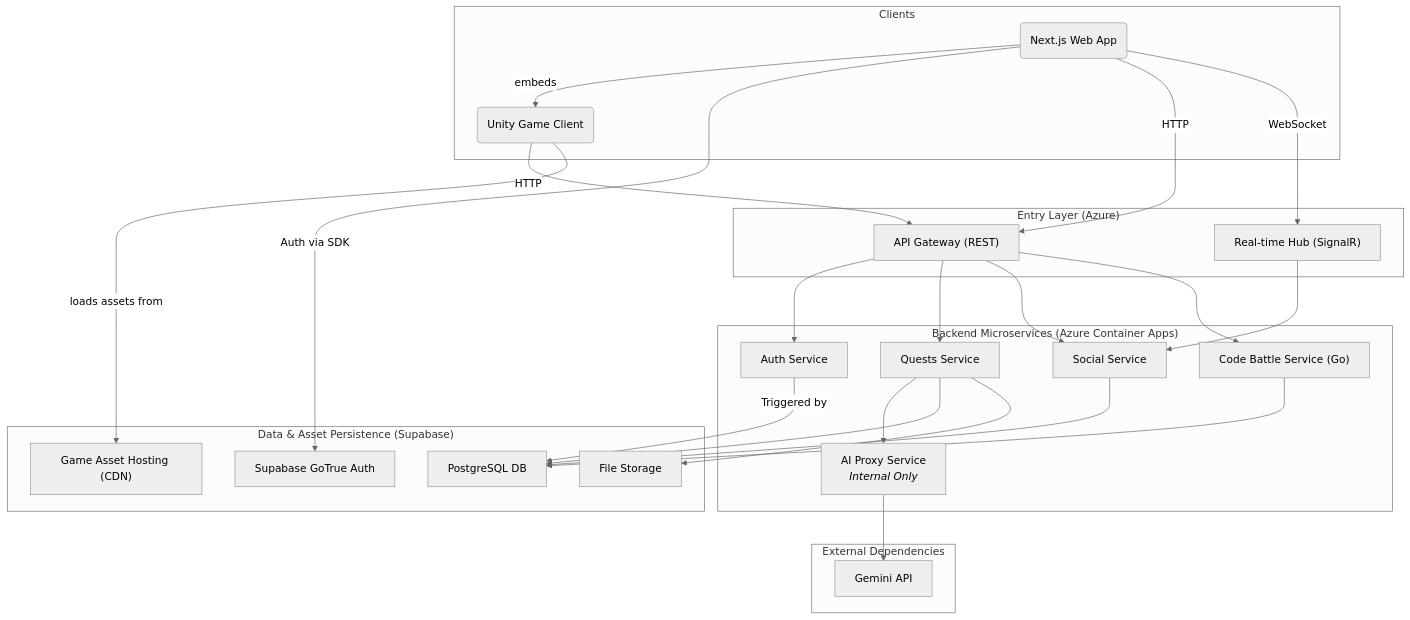
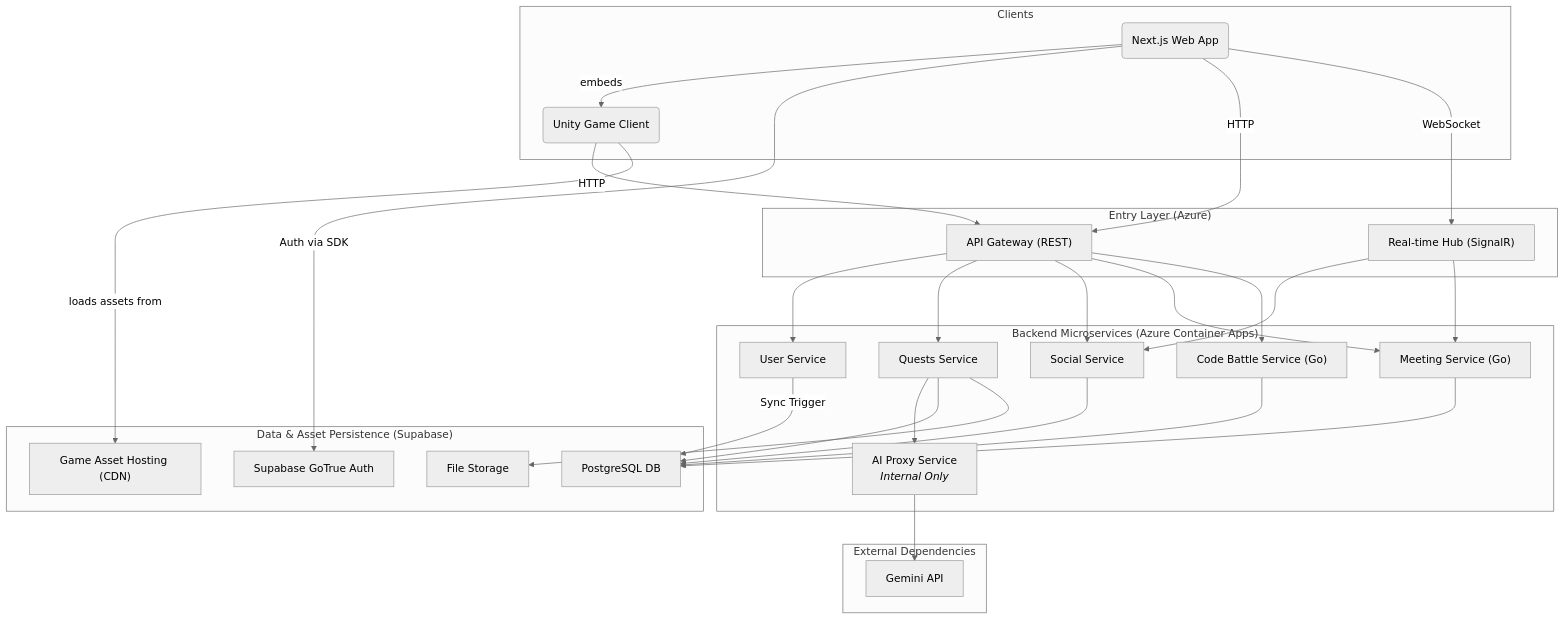
The diagram in docs/fullstack-architecture/components.md (FA25SE050-RogueLearn/RogueLearn.BMAD.Documentation), drawn with Mermaid (neutral theme) before and after one commit. The commit also changed other lines of this file and 9 other files, not shown here.

````diff
--- a/docs/fullstack-architecture/components.md
+++ b/docs/fullstack-architecture/components.md
@@ -50,55 +61,60 @@
 ```mermaid
 graph TD
     subgraph "Clients"
         WebApp("Next.js Web App") -- embeds --> Unity("Unity Game Client")
     end
 
     subgraph "Entry Layer (Azure)"
         Gateway["API Gateway (REST)"]
         Realtime["Real-time Hub (SignalR)"]
     end
 
     subgraph "Backend Microservices (Azure Container Apps)"
-        Auth["Auth Service"]
+        User["User Service"]
         Quests["Quests Service"]
         Social["Social Service"]
+        Meeting["Meeting Service (Go)"]
         CodeBattle["Code Battle Service (Go)"]
         AIProxy["AI Proxy Service<br/><em>Internal Only</em>"]
     end
 
     subgraph "External Dependencies"
         Gemini["Gemini API"]
     end
 
     subgraph "Data & Asset Persistence (Supabase)"
         DB["PostgreSQL DB"]
         Store["File Storage"]
         GameAssets["Game Asset Hosting (CDN)"]
         SupabaseAuth[Supabase GoTrue Auth]
     end
 
     WebApp -- Auth via SDK --> SupabaseAuth
     WebApp -- HTTP --> Gateway
     WebApp -- WebSocket --> Realtime
     Unity -- HTTP --> Gateway
     Unity -- loads assets from --> GameAssets
     
-    Gateway --> Auth
+    Gateway --> User
     Gateway --> Quests
     Gateway --> Social
+    Gateway --> Meeting
     Gateway --> CodeBattle
 
     Realtime --> Social
+    Realtime --> Meeting
 
-    Auth -- Triggered by --> DB
+    User -- Sync Trigger --> DB
     
     Quests --> AIProxy
     Quests --> DB
     Quests --> Store
     
     Social --> DB
     
+    Meeting --> DB
+    
     CodeBattle --> DB
 
     AIProxy --> Gemini
 ```
````
